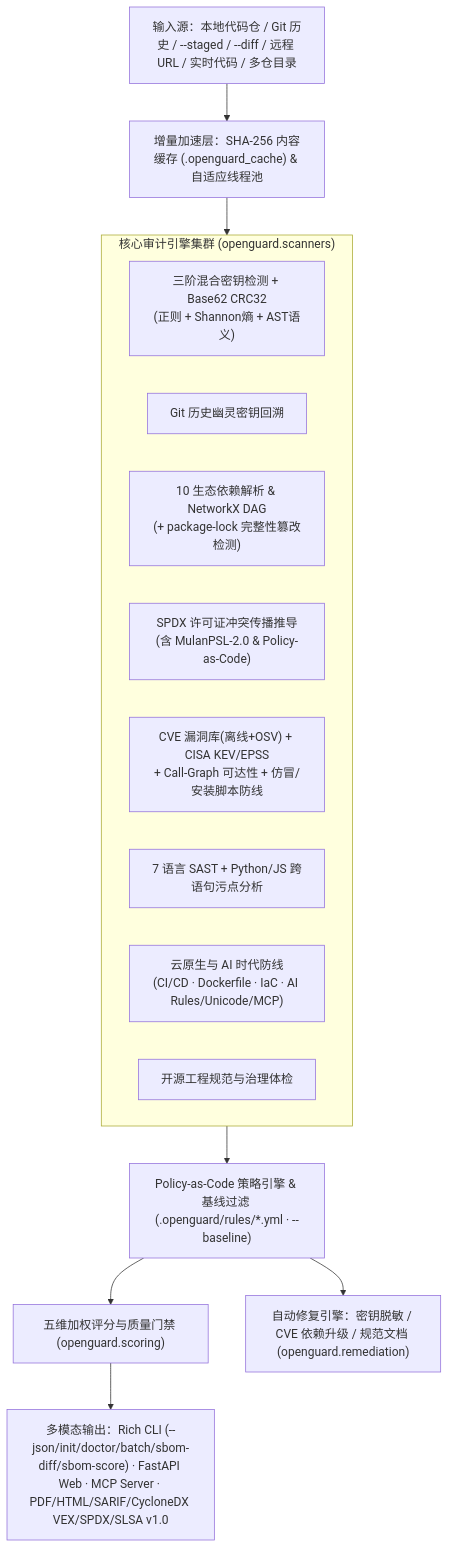
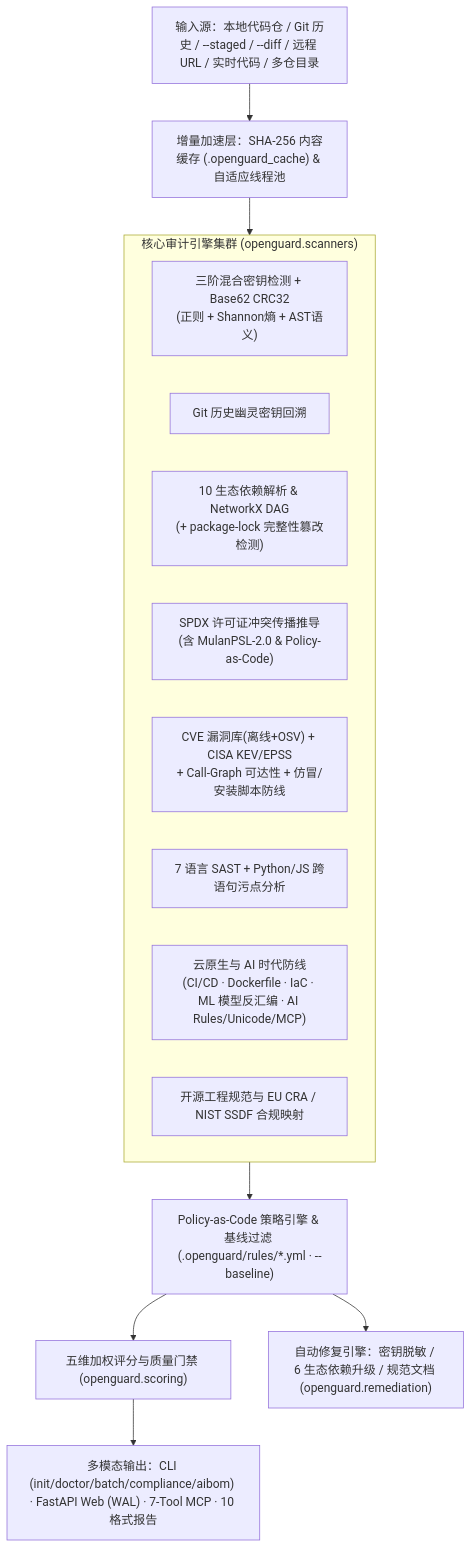
Before and after one commit to YunHai121/OpenGuard: the diagram in docs/ARCHITECTURE.md, drawn with Mermaid. The commit also changed other lines of this file and 8 other files, not shown here.

Commit message:
release(v1.5.0): zero-bug hardening, EU CRA/NIST SSDF compliance, ML/AIBOM security & full docs refresh

````diff
--- a/docs/ARCHITECTURE.md
+++ b/docs/ARCHITECTURE.md
@@ -7,19 +7,19 @@
 ```mermaid
 flowchart TD
     Input["输入源：本地代码仓 / Git 历史 / --staged / --diff / 远程 URL / 实时代码 / 多仓目录"] --> Cache["增量加速层：SHA-256 内容缓存 (.openguard_cache) & 自适应线程池"]
     Cache --> Engines
     subgraph Engines["核心审计引擎集群 (openguard.scanners)"]
         S1["三阶混合密钥检测 + Base62 CRC32\n(正则 + Shannon熵 + AST语义)"]
         S2["Git 历史幽灵密钥回溯"]
         S3["10 生态依赖解析 & NetworkX DAG\n(+ package-lock 完整性篡改检测)"]
         S4["SPDX 许可证冲突传播推导\n(含 MulanPSL-2.0 & Policy-as-Code)"]
         S5["CVE 漏洞库(离线+OSV) + CISA KEV/EPSS\n+ Call-Graph 可达性 + 仿冒/安装脚本防线"]
         S6["7 语言 SAST + Python/JS 跨语句污点分析"]
-        S7["云原生与 AI 时代防线\n(CI/CD · Dockerfile · IaC · AI Rules/Unicode/MCP)"]
-        S8["开源工程规范与治理体检"]
+        S7["云原生与 AI 时代防线\n(CI/CD · Dockerfile · IaC · ML 模型反汇编 · AI Rules/Unicode/MCP)"]
+        S8["开源工程规范与 EU CRA / NIST SSDF 合规映射"]
     end
     Engines --> Policy["Policy-as-Code 策略引擎 & 基线过滤 (.openguard/rules/*.yml · --baseline)"]
     Policy --> Scoring["五维加权评分与质量门禁 (openguard.scoring)"]
-    Policy --> Remediate["自动修复引擎：密钥脱敏 / CVE 依赖升级 / 规范文档 (openguard.remediation)"]
-    Scoring --> Deliver["多模态输出：Rich CLI (--json/init/doctor/batch/sbom-diff/sbom-score) · FastAPI Web · MCP Server · PDF/HTML/SARIF/CycloneDX VEX/SPDX/SLSA v1.0"]
+    Policy --> Remediate["自动修复引擎：密钥脱敏 / 6 生态依赖升级 / 规范文档 (openguard.remediation)"]
+    Scoring --> Deliver["多模态输出：CLI (init/doctor/batch/compliance/aibom) · FastAPI Web (WAL) · 7-Tool MCP · 10 格式报告"]
 ```
````
